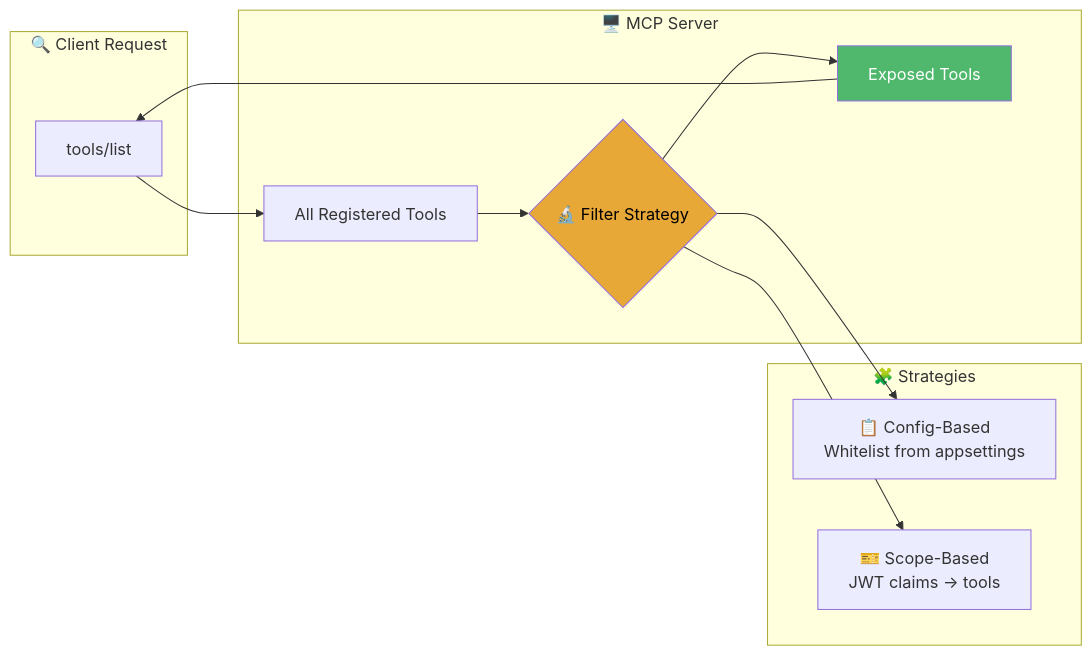
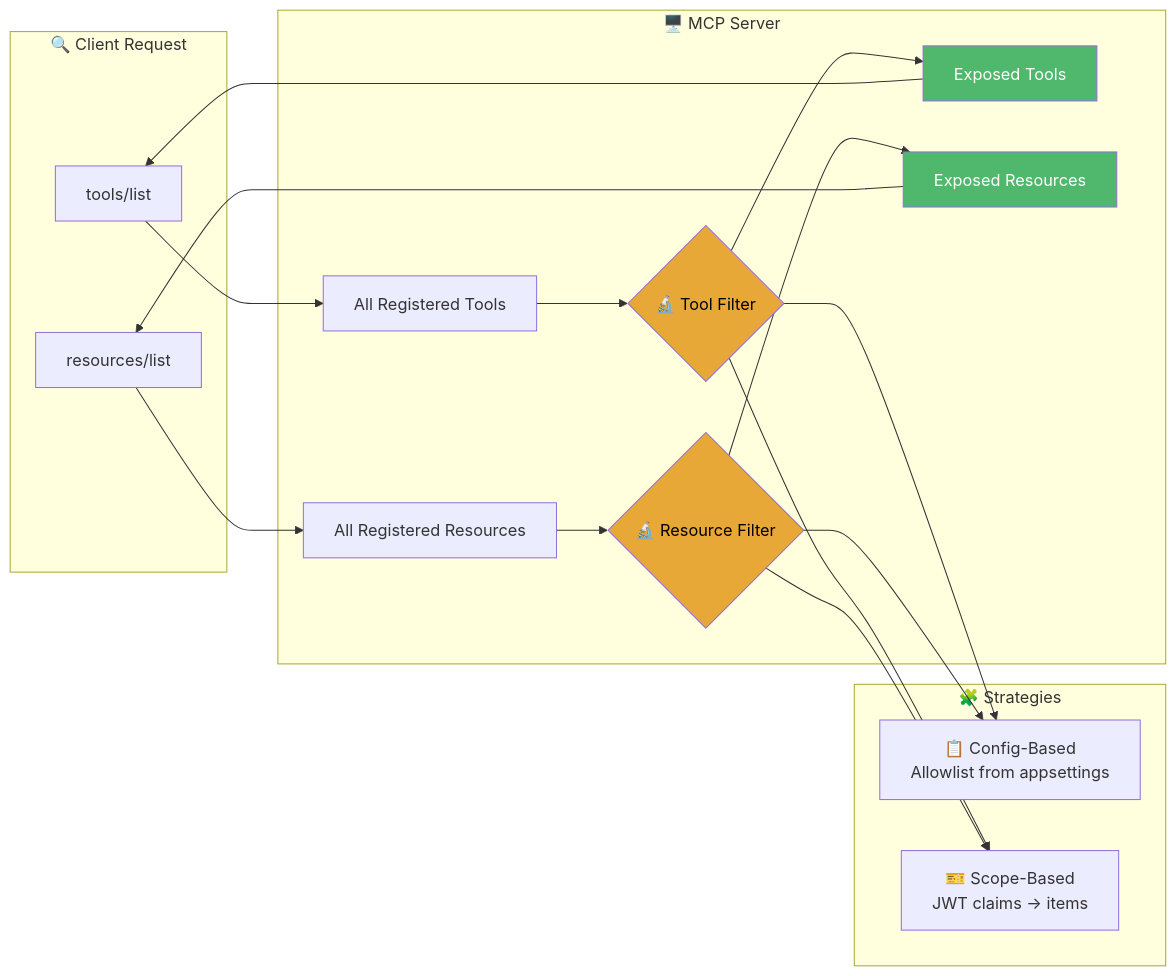
The fifth of 5 diagrams in README.md (logichaos/McpPrimitiveFilters), drawn with Mermaid before and after one commit. The commit also changed other lines of this file and 22 other files, not shown here.

````diff
--- a/README.md
+++ b/README.md
@@ -491,28 +520,34 @@
 ```mermaid
 flowchart LR
     subgraph Client [🔍 Client Request]
         A[tools/list]
+        A2[resources/list]
     end
 
     subgraph Server [🖥️ MCP Server]
         B[All Registered Tools]
-        C{"🔬 Filter Strategy"}
+        C{"🔬 Tool Filter"}
         D[Exposed Tools]
+        B2[All Registered Resources]
+        C2{"🔬 Resource Filter"}
+        D2[Exposed Resources]
     end
 
     subgraph Strategies [🧩 Strategies]
-        E["📋 Config-Based<br/>Whitelist from appsettings"]
-        F["🎫 Scope-Based<br/>JWT claims → tools"]
+        E["📋 Config-Based<br/>Allowlist from appsettings"]
+        F["🎫 Scope-Based<br/>JWT claims → items"]
     end
 
-    A --> B
-    B --> C
-    C --> D
-    D --> A
+    A --> B --> C --> D --> A
+    A2 --> B2 --> C2 --> D2 --> A2
 
     C --> E
     C --> F
+    C2 --> E
+    C2 --> F
 
     style C fill:#e8a838,color:#000
+    style C2 fill:#e8a838,color:#000
     style D fill:#50b86c,color:#fff
+    style D2 fill:#50b86c,color:#fff
 ```
````
